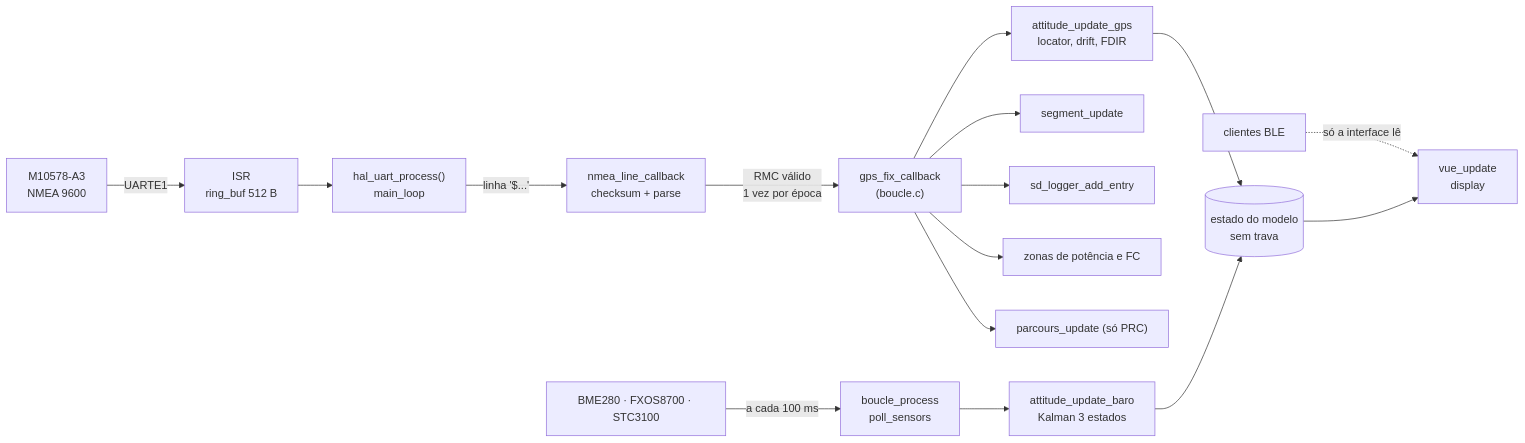
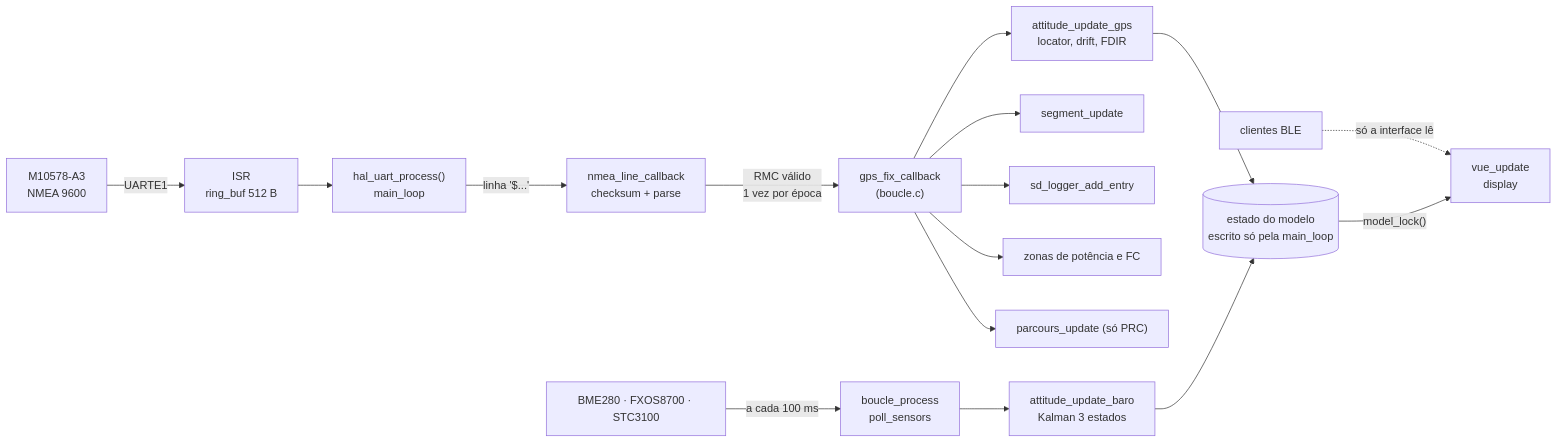
The third of 3 diagrams in docs/05-arquitetura-zephyr.md (Guiimartinho/gnss-bike-computer), drawn with Mermaid before and after one commit. The commit also changed other lines of this file and 12 other files, not shown here.

First line of the commit message:
fix(app): make main_loop the only writer of the model

````diff
--- a/docs/05-arquitetura-zephyr.md
+++ b/docs/05-arquitetura-zephyr.md
@@ -96,18 +97,18 @@
 ```mermaid
 flowchart LR
     GPSM["M10578-A3<br/>NMEA 9600"] -->|UARTE1| ISR["ISR<br/>ring_buf 512 B"]
     ISR --> HUP["hal_uart_process()<br/>main_loop"]
     HUP -->|"linha '$...'"| NLC["nmea_line_callback<br/>checksum + parse"]
     NLC -->|"RMC válido<br/>1 vez por época"| FIX["gps_fix_callback<br/>(boucle.c)"]
     FIX --> ATTG["attitude_update_gps<br/>locator, drift, FDIR"]
     FIX --> SEGU["segment_update"]
     FIX --> LOGE["sd_logger_add_entry"]
     FIX --> ZON["zonas de potência e FC"]
     FIX --> PARC["parcours_update (só PRC)"]
     SENS["BME280 · FXOS8700 · STC3100"] -->|"a cada 100 ms"| BP["boucle_process<br/>poll_sensors"]
     BP --> KALM["attitude_update_baro<br/>Kalman 3 estados"]
     BLEC["clientes BLE"] -.->|"só a interface lê"| VUEU
-    ATTG --> STATE[("estado do modelo<br/>sem trava")]
+    ATTG --> STATE[("estado do modelo<br/>escrito só pela main_loop")]
     KALM --> STATE
-    STATE --> VUEU["vue_update<br/>display"]
+    STATE -->|"model_lock()"| VUEU["vue_update<br/>display"]
 ```
````
